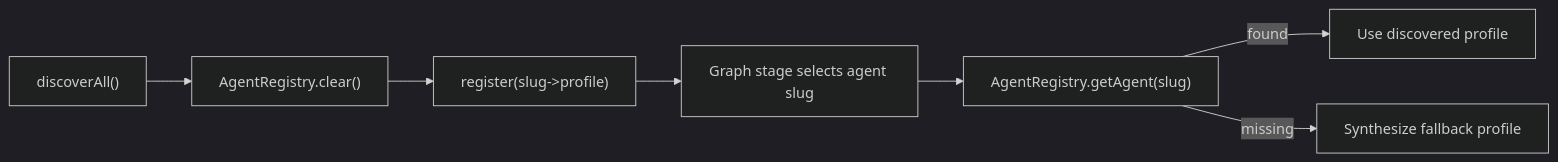
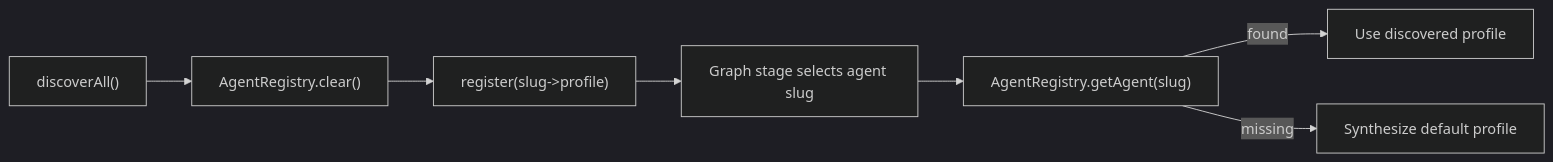
One commit to myasnikoviv/Agents-system changed the diagram in docs/process/research/cockpit-runtime-research/AGSYS-247-dynamic-agent-lifecycle-audit.md. Above: the diagram before and after it, drawn with Mermaid (dark theme). The commit also changed other lines of this file and 184 other files, not shown here.

````diff
--- a/docs/process/research/cockpit-runtime-research/AGSYS-247-dynamic-agent-lifecycle-audit.md
+++ b/docs/process/research/cockpit-runtime-research/AGSYS-247-dynamic-agent-lifecycle-audit.md
@@ -55,9 +55,9 @@
 ```mermaid
 flowchart LR
   A["discoverAll()"] --> B["AgentRegistry.clear()"]
   B --> C["register(slug->profile)"]
   C --> D["Graph stage selects agent slug"]
   D --> E["AgentRegistry.getAgent(slug)"]
   E -->|found| F["Use discovered profile"]
-  E -->|missing| G["Synthesize fallback profile"]
+  E -->|missing| G["Synthesize default profile"]
 ```
````
